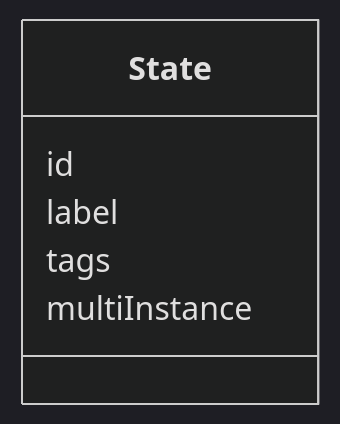
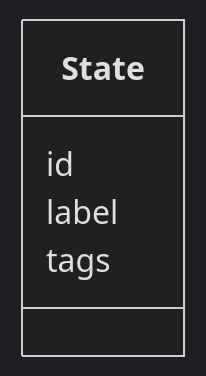
Before and after one commit to openuji/spec-ujg: the second of 13 diagrams in specs/ed/graph/index.md, drawn with Mermaid (dark theme). The commit also changed other lines of this file and 17 other files, not shown here.

````diff
--- a/specs/ed/graph/index.md
+++ b/specs/ed/graph/index.md
@@ -65,9 +67,8 @@
 ```mermaid
 classDiagram
   class State {
     id
     label
     tags
-    multiInstance
   }
 ```
````
